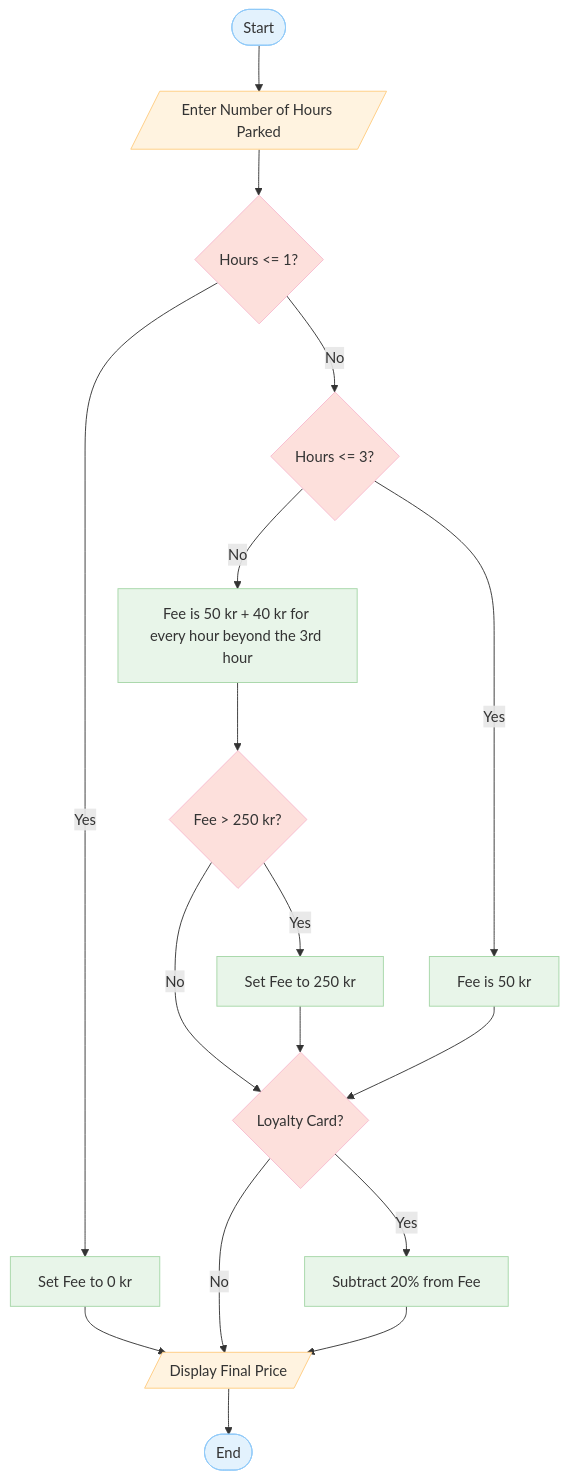
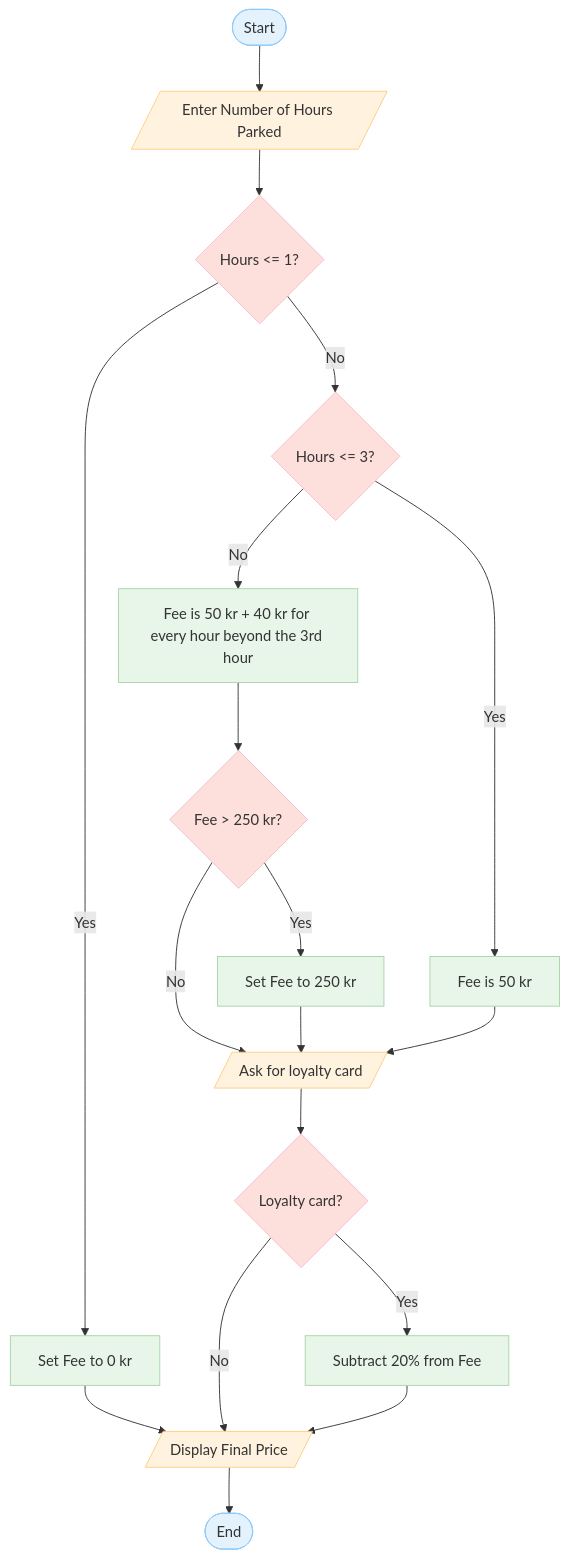
The fifth of 5 diagrams in README.md (joelBIT/workshop-pseudocode-flowcharts), drawn with Mermaid before and after one commit.

````diff
--- a/README.md
+++ b/README.md
@@ -177,25 +177,26 @@
 ```mermaid
 flowchart TD
     A([Start]):::term --> B[/Enter Number of Hours Parked/]:::io
     B --> C{Hours <= 1?}:::dec
     C -- No --> D{Hours <= 3?}:::dec
     C -- Yes --> E[Set Fee to 0 kr]:::proc
     E --> Z[/Display Final Price/]:::io
     Y -- No --> Z[/Display Final Price/]:::io
     Y -- Yes --> W[Subtract 20% from Fee]:::proc
     W --> Z[/Display Final Price/]:::io
     D -- No --> G[Fee is 50 kr + 40 kr for every hour beyond the 3rd hour]:::proc
     D -- Yes --> F[Fee is 50 kr]:::proc
     G --> H{Fee > 250 kr?}:::dec
-    H -- No --> Y{Loyalty Card?}:::dec
+    H -- No --> N[/Ask for loyalty card/]:::io
     H -- Yes --> K[Set Fee to 250 kr]:::proc
-    K --> Y{Loyalty Card?}:::dec
-    F --> Y{Loyalty Card?}:::dec
+    K --> N[/Ask for loyalty card/]:::io
+    F --> N[/Ask for loyalty card/]:::io
+    N --> Y{Loyalty card?}:::dec
     Z --> X([End]):::term
     
 
 classDef term fill:#e3f2fd,stroke:#90caf9,color:#333,stroke-width:1px;
 classDef io fill:#fff3e0,stroke:#ffcc80,color:#333,stroke-width:1px;
 classDef dec fill:#fde0dc,stroke:#f8bbd0,color:#333,stroke-width:1px;
 classDef proc fill:#e8f5e9,stroke:#a5d6a7,color:#333,stroke-width:1px;
 ```
````
